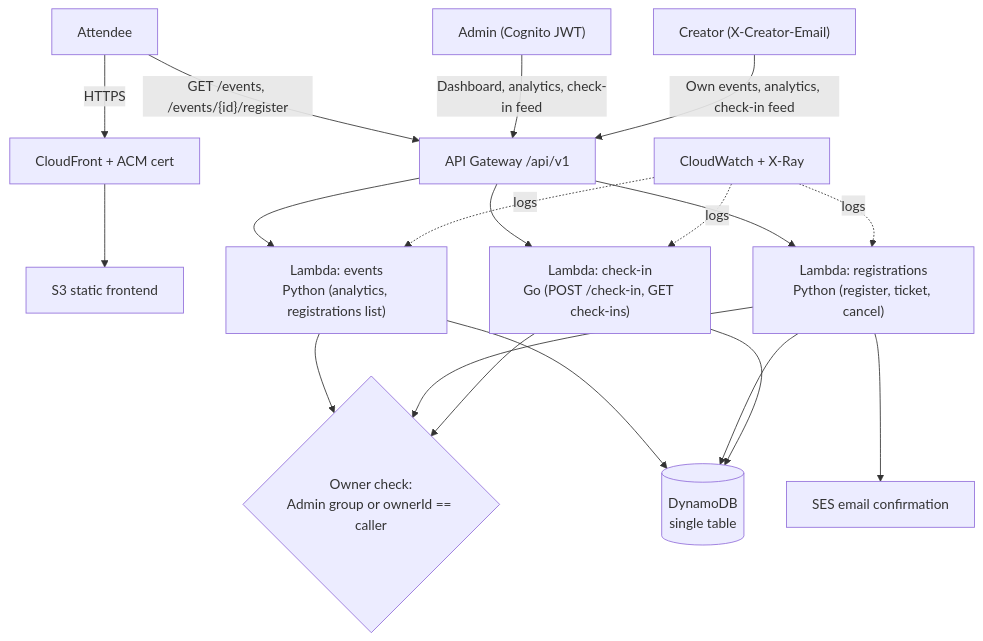
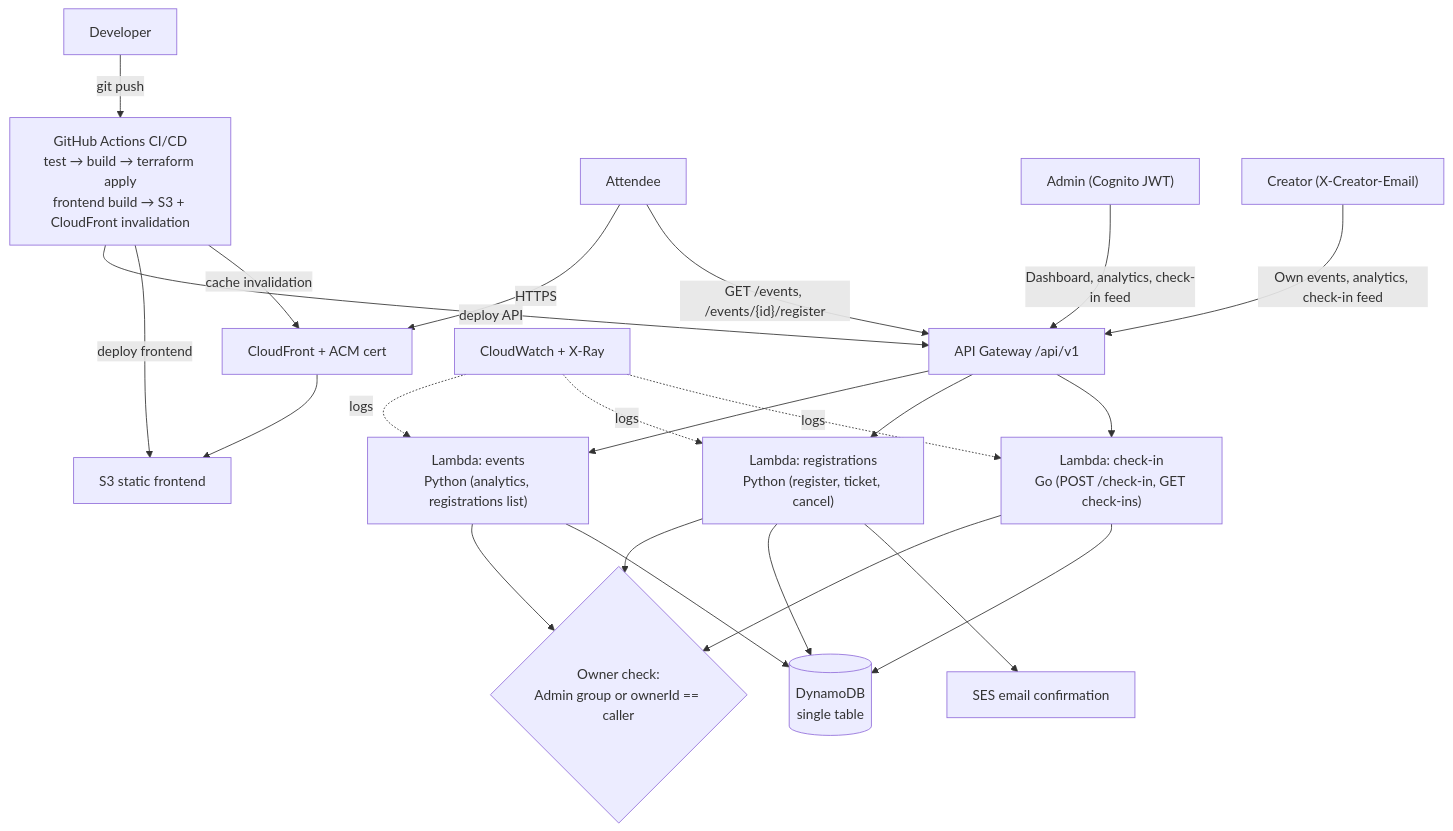
The diagram in README.md (theimaginaryangel/kaluna), drawn with Mermaid before and after one commit. The commit also changed 1 other file, not shown here.

Commit message:
docs: add CI/CD pipeline to architecture diagram, document frontend CD

````diff
--- a/README.md
+++ b/README.md
@@ -37,26 +37,32 @@
 ```mermaid
 flowchart TB
+    Dev["Developer"] -->|"git push"| GH["GitHub Actions CI/CD<br/>test → build → terraform apply<br/>frontend build → S3 + CloudFront invalidation"]
+
     User["Attendee"] -->|"HTTPS"| CF["CloudFront + ACM cert"]
     CF --> S3["S3 static frontend"]
 
     User -->|"GET /events, /events/{id}/register"| APIGW["API Gateway /api/v1"]
     Admin["Admin (Cognito JWT)"] -->|"Dashboard, analytics, check-in feed"| APIGW
     Creator["Creator (X-Creator-Email)"] -->|"Own events, analytics, check-in feed"| APIGW
+
+    GH -->|"deploy API"| APIGW
+    GH -->|"deploy frontend"| S3
+    GH -->|"cache invalidation"| CF
 
     APIGW --> Evts["Lambda: events<br/>Python (analytics, registrations list)"]
     APIGW --> Regs["Lambda: registrations<br/>Python (register, ticket, cancel)"]
     APIGW --> Chk["Lambda: check-in<br/>Go (POST /check-in, GET check-ins)"]
 
     Evts --> RBAC{"Owner check:<br/>Admin group or ownerId == caller"}
     Regs --> RBAC
     Chk --> RBAC
 
     Evts --> DDB[("DynamoDB<br/>single table")]
     Regs --> DDB
     Chk --> DDB
     Regs --> SES["SES email confirmation"]
 
     CFW["CloudWatch + X-Ray"] -. logs .-> Evts
     CFW -. logs .-> Regs
     CFW -. logs .-> Chk
 ```
````
